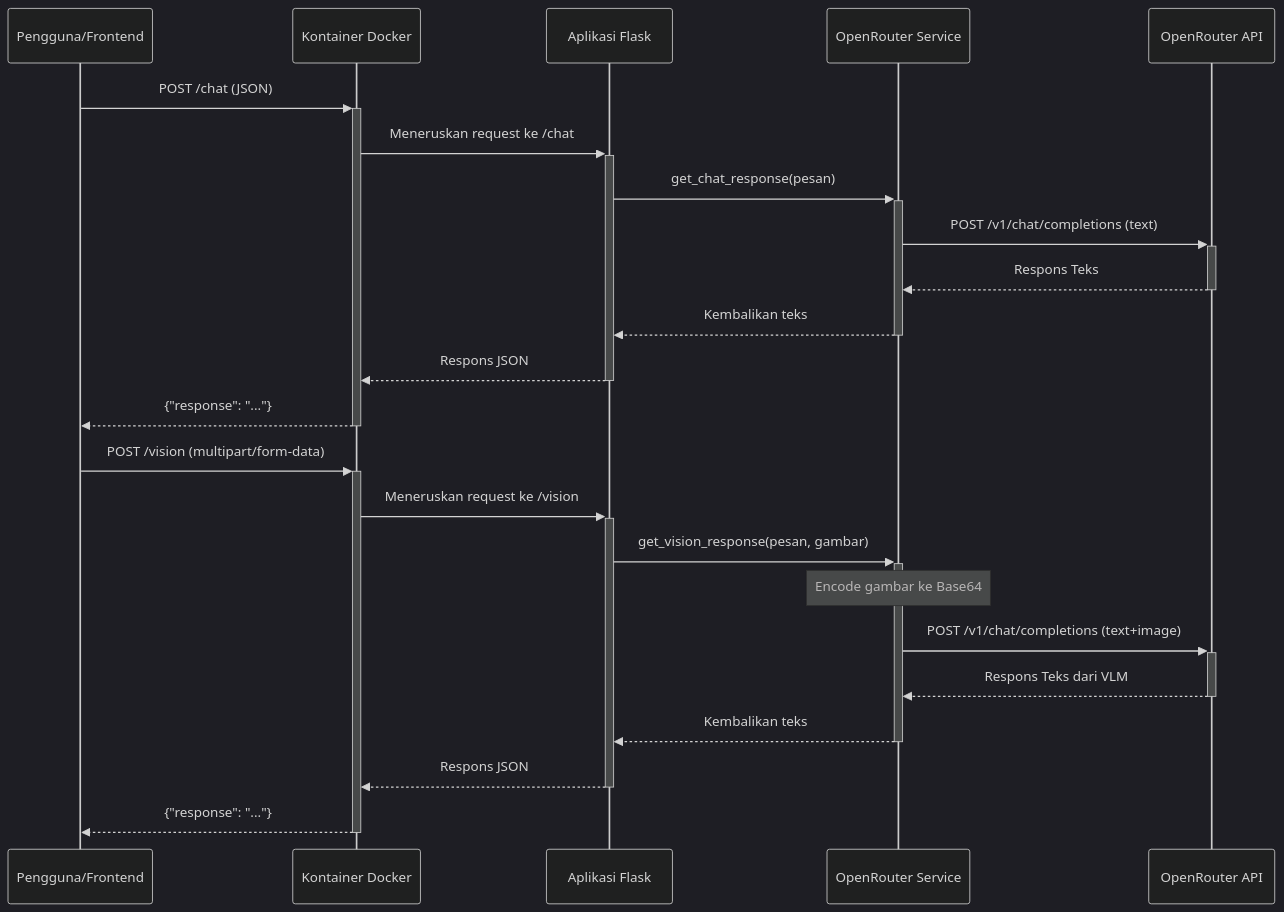
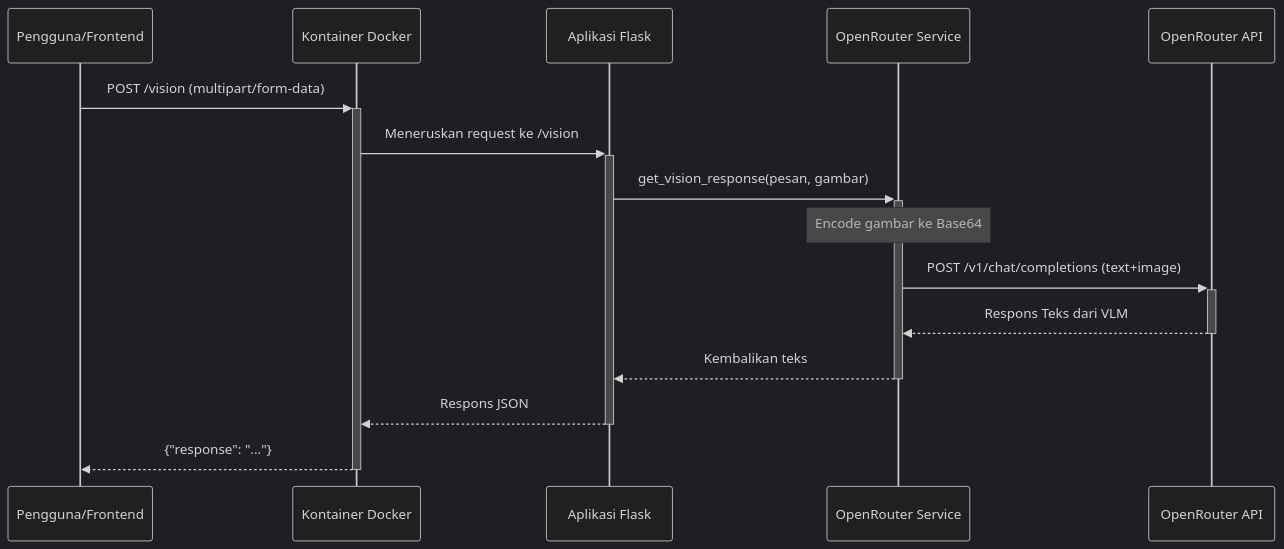
Before and after one commit to eldntr/ai-moneyvesto: the second of 3 diagrams in README.md, drawn with Mermaid (dark theme). The commit also changed other lines of this file and 2 other files, not shown here.

````diff
--- a/README.md
+++ b/README.md
@@ -8,29 +46,18 @@
 ```mermaid
 sequenceDiagram
     participant Klien as Pengguna/Frontend
     participant Docker as Kontainer Docker
     participant Flask as Aplikasi Flask
     participant Service as OpenRouter Service
     participant OpenRouter as OpenRouter API
 
-    %% Text Chat Flow
-    Klien->>+Docker: POST /chat (JSON)
-    Docker->>+Flask: Meneruskan request ke /chat
-    Flask->>+Service: get_chat_response(pesan)
-    Service->>+OpenRouter: POST /v1/chat/completions (text)
-    OpenRouter-->>-Service: Respons Teks
-    Service-->>-Flask: Kembalikan teks
-    Flask-->>-Docker: Respons JSON
-    Docker-->>-Klien: {"response": "..."}
-
-    %% Vision Chat Flow
     Klien->>+Docker: POST /vision (multipart/form-data)
     Docker->>+Flask: Meneruskan request ke /vision
     Flask->>+Service: get_vision_response(pesan, gambar)
     Note over Service: Encode gambar ke Base64
     Service->>+OpenRouter: POST /v1/chat/completions (text+image)
     OpenRouter-->>-Service: Respons Teks dari VLM
     Service-->>-Flask: Kembalikan teks
     Flask-->>-Docker: Respons JSON
     Docker-->>-Klien: {"response": "..."}
 ```
````
